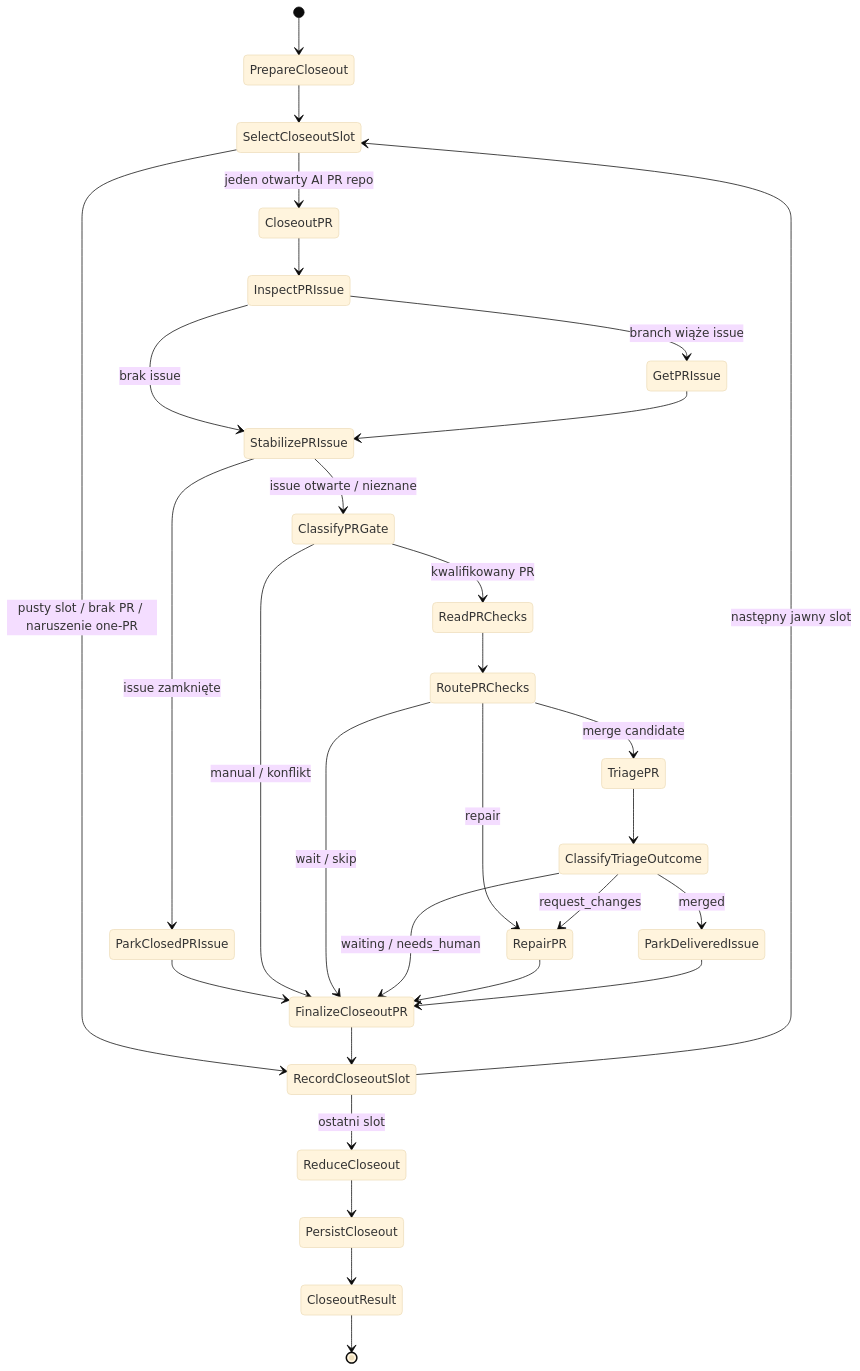
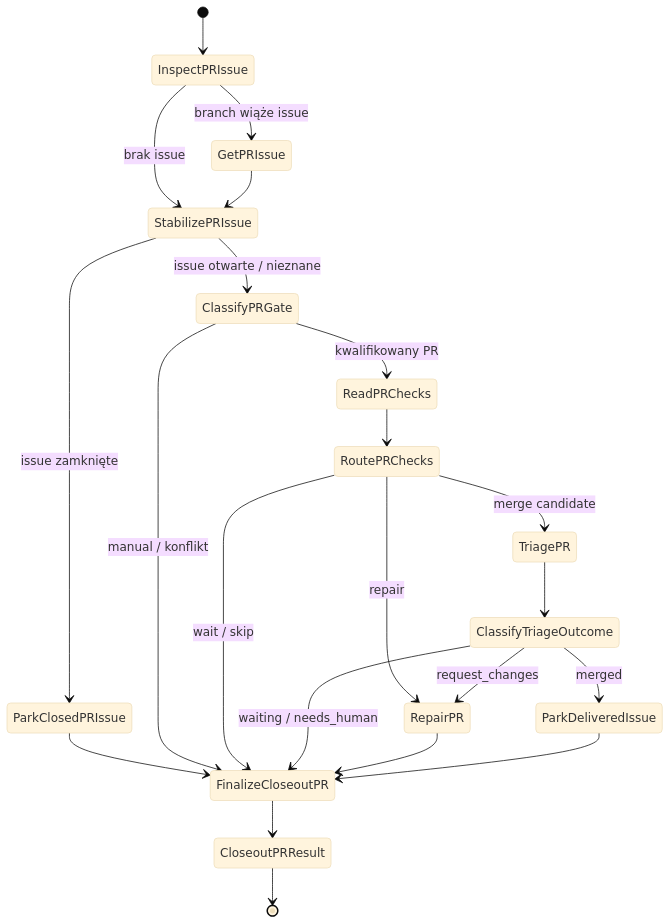
Diagram 26 of 40 in README.md (mikolaj92/lokay), drawn with Mermaid (base theme) before and after one commit. The commit also changed other lines of this file and 14 other files, not shown here.

````diff
--- a/README.md
+++ b/README.md
@@ -737,32 +738,24 @@
 ```mermaid
 stateDiagram-v2
-    [*] --> PrepareCloseout
-    PrepareCloseout --> SelectCloseoutSlot
-    SelectCloseoutSlot --> CloseoutPR: jeden otwarty AI PR repo
-    SelectCloseoutSlot --> RecordCloseoutSlot: pusty slot / brak PR / naruszenie one-PR
-    CloseoutPR --> InspectPRIssue
+    [*] --> InspectPRIssue
     InspectPRIssue --> GetPRIssue: branch wiąże issue
     InspectPRIssue --> StabilizePRIssue: brak issue
     GetPRIssue --> StabilizePRIssue
     StabilizePRIssue --> ParkClosedPRIssue: issue zamknięte
     StabilizePRIssue --> ClassifyPRGate: issue otwarte / nieznane
     ParkClosedPRIssue --> FinalizeCloseoutPR
     ClassifyPRGate --> FinalizeCloseoutPR: manual / konflikt
     ClassifyPRGate --> ReadPRChecks: kwalifikowany PR
     ReadPRChecks --> RoutePRChecks
     RoutePRChecks --> RepairPR: repair
     RoutePRChecks --> FinalizeCloseoutPR: wait / skip
     RoutePRChecks --> TriagePR: merge candidate
     TriagePR --> ClassifyTriageOutcome
     ClassifyTriageOutcome --> RepairPR: request_changes
     ClassifyTriageOutcome --> ParkDeliveredIssue: merged
     ClassifyTriageOutcome --> FinalizeCloseoutPR: waiting / needs_human
     RepairPR --> FinalizeCloseoutPR
     ParkDeliveredIssue --> FinalizeCloseoutPR
-    FinalizeCloseoutPR --> RecordCloseoutSlot
-    RecordCloseoutSlot --> SelectCloseoutSlot: następny jawny slot
-    RecordCloseoutSlot --> ReduceCloseout: ostatni slot
-    ReduceCloseout --> PersistCloseout
-    PersistCloseout --> CloseoutResult
-    CloseoutResult --> [*]
+    FinalizeCloseoutPR --> CloseoutPRResult
+    CloseoutPRResult --> [*]
 ```
````
